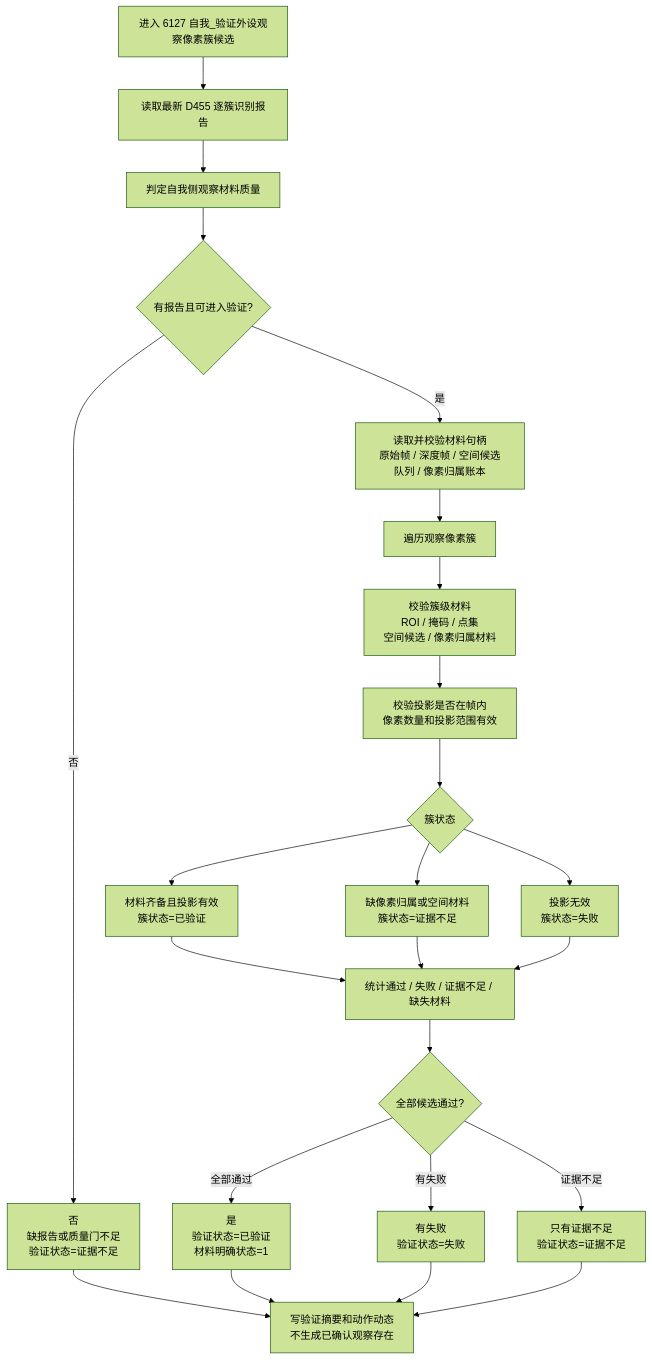
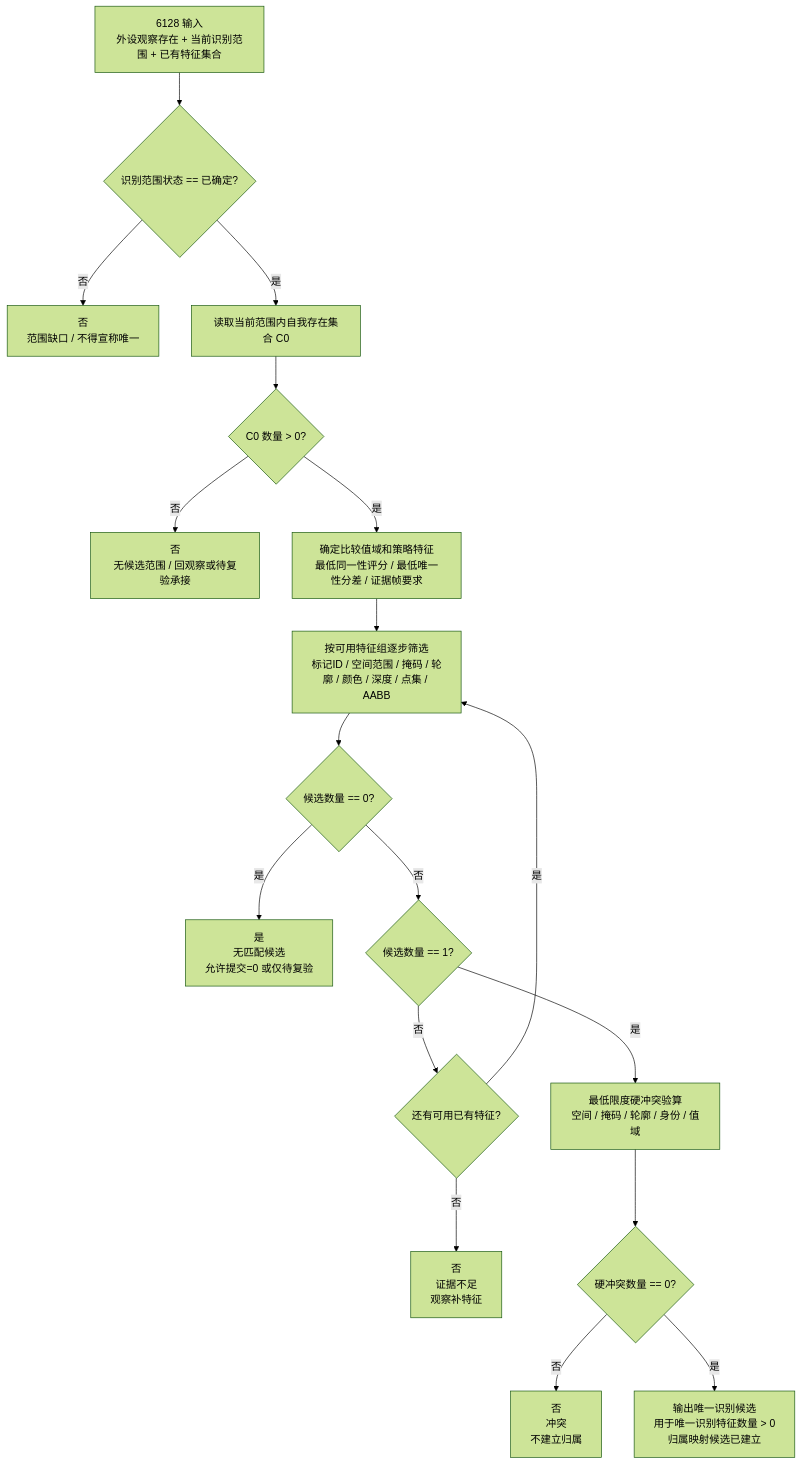
One commit to chunhaizh-cyber/Birthplace-of-digital-civilization changed the third of 7 diagrams in 流程图/当前_本能方法_识别内部实现逻辑流程图.md. Above: the diagram before and after it, drawn with Mermaid (forest theme). The commit also changed other lines of this file and 67 other files, not shown here.

````diff
--- a/流程图/当前_本能方法_识别内部实现逻辑流程图.md
+++ b/流程图/当前_本能方法_识别内部实现逻辑流程图.md
@@ -148,33 +135,34 @@
 ```mermaid
 flowchart TD
-    A["进入 6127 自我_验证外设观察像素簇候选"]
-    B["读取最新 D455 逐簇识别报告"]
-    C["判定自我侧观察材料质量"]
-    D{"有报告且可进入验证?"}
-    D0["否<br/>缺报告或质量门不足<br/>验证状态=证据不足"]
-    E["读取并校验材料句柄<br/>原始帧 / 深度帧 / 空间候选队列 / 像素归属账本"]
-    F["遍历观察像素簇"]
-    G["校验簇级材料<br/>ROI / 掩码 / 点集<br/>空间候选 / 像素归属材料"]
-    H["校验投影是否在帧内<br/>像素数量和投影范围有效"]
-    I{"簇状态"}
-    I1["材料齐备且投影有效<br/>簇状态=已验证"]
-    I2["缺像素归属或空间材料<br/>簇状态=证据不足"]
-    I3["投影无效<br/>簇状态=失败"]
-    J["统计通过 / 失败 / 证据不足 / 缺失材料"]
-    K{"全部候选通过?"}
-    K1["是<br/>验证状态=已验证<br/>材料明确状态=1"]
-    K2["有失败<br/>验证状态=失败"]
-    K3["只有证据不足<br/>验证状态=证据不足"]
-    L["写验证摘要和动作动态<br/>不生成已确认观察存在"]
+    A["6128 输入<br/>外设观察存在 + 当前识别范围 + 已有特征集合"]
+    B{"识别范围状态 == 已确定?"}
+    B0["否<br/>范围缺口 / 不得宣称唯一"]
+    C["读取当前范围内自我存在集合 C0"]
+    D{"C0 数量 > 0?"}
+    D0["否<br/>无候选范围 / 回观察或待复验承接"]
+    E["确定比较值域和策略特征<br/>最低同一性评分 / 最低唯一性分差 / 证据帧要求"]
+    F["按可用特征组逐步筛选<br/>标记ID / 空间范围 / 掩码 / 轮廓 / 颜色 / 深度 / 点集 / AABB"]
+    G{"候选数量 == 0?"}
+    G0["是<br/>无匹配候选<br/>允许提交=0 或仅待复验"]
+    H{"候选数量 == 1?"}
+    I{"还有可用已有特征?"}
+    I0["否<br/>证据不足<br/>观察补特征"]
+    J["最低限度硬冲突验算<br/>空间 / 掩码 / 轮廓 / 身份 / 值域"]
+    K{"硬冲突数量 == 0?"}
+    K0["否<br/>冲突<br/>不建立归属"]
+    L["输出唯一识别候选<br/>用于唯一识别特征数量 > 0<br/>归属映射候选已建立"]
 
-    A --> B --> C --> D
-    D -->|"否"| D0 --> L
-    D -->|"是"| E --> F --> G --> H --> I
-    I --> I1 --> J
-    I --> I2 --> J
-    I --> I3 --> J
-    J --> K
-    K -->|"全部通过"| K1 --> L
-    K -->|"有失败"| K2 --> L
-    K -->|"证据不足"| K3 --> L
+    A --> B
+    B -->|"否"| B0
+    B -->|"是"| C --> D
+    D -->|"否"| D0
+    D -->|"是"| E --> F --> G
+    G -->|"是"| G0
+    G -->|"否"| H
+    H -->|"否"| I
+    I -->|"是"| F
+    I -->|"否"| I0
+    H -->|"是"| J --> K
+    K -->|"否"| K0
+    K -->|"是"| L
 ```
````
